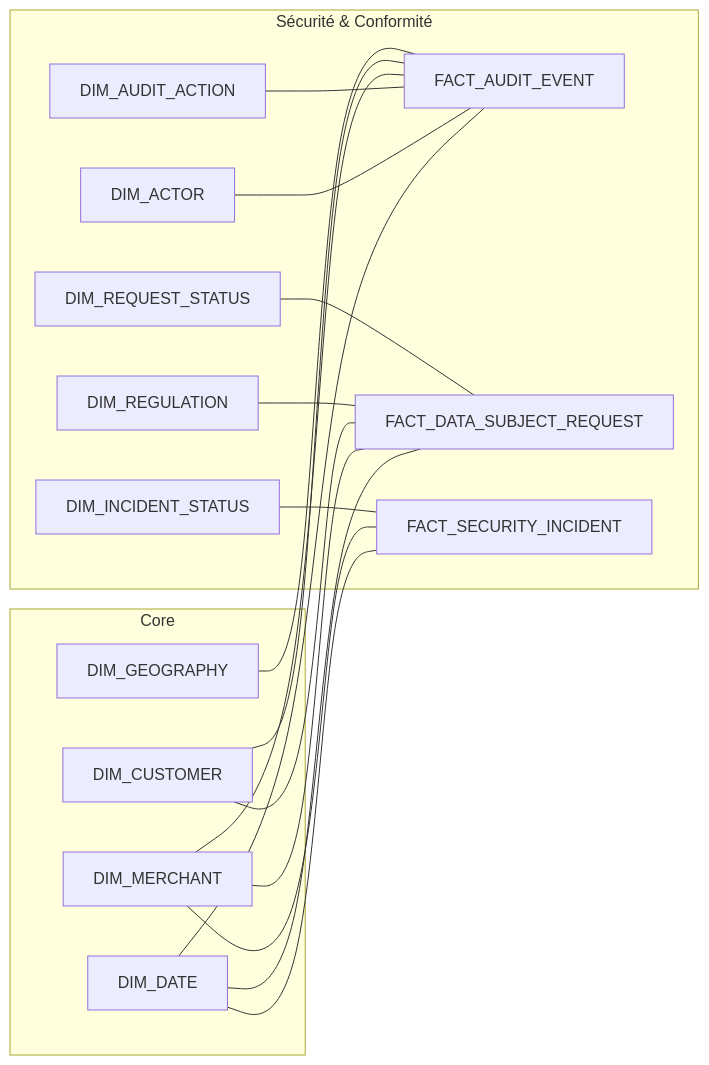
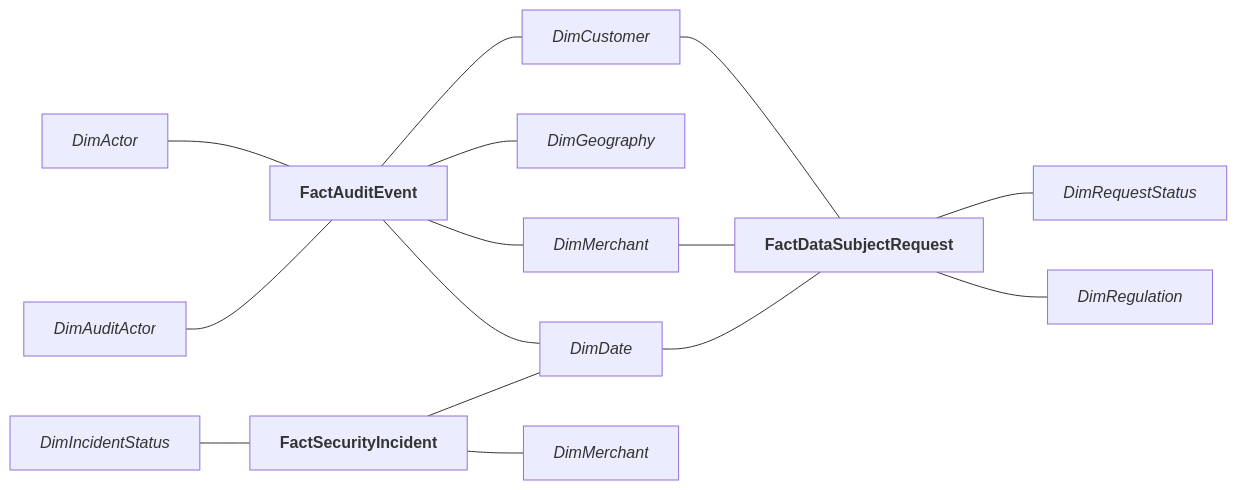
One commit to nicolaspichon-git/jedha-data-scientist-lead-bloc2--stripe-project changed the diagram in sources/diagrams/stripe-project--d1-data-architecture--diagram-5-3--analytics-model-3.md. Above: the diagram before and after it, drawn with Mermaid. The commit also changed other lines of this file and 33 other files, not shown here.

````diff
--- a/sources/diagrams/stripe-project--d1-data-architecture--diagram-5-3--analytics-model-3.md
+++ b/sources/diagrams/stripe-project--d1-data-architecture--diagram-5-3--analytics-model-3.md
@@ -18,37 +18,43 @@
 ```mermaid
 flowchart LR
-    subgraph CORE["Core"]
-        DIM_DATE
-        DIM_MERCHANT
-        DIM_CUSTOMER
-        DIM_GEOGRAPHY
-    end
+	FACT_AUDIT_EVENT["<b>FactAuditEvent</b>"]
+
+	FACT_DATA_SUBJECT_REQUEST["<b>FactDataSubjectRequest</b>"]
+	DIM_REGULATION["<i>DimRegulation</i>"]
+	DIM_REQUEST_STATUS["<i>DimRequestStatus</i>"]
+	
+	FACT_SECURITY_INCIDENT["<b>FactSecurityIncident</b>"]
+	DIM_INCIDENT_STATUS["<i>DimIncidentStatus</i>"]
+	
+	DIM_ACTOR["<i>DimActor</i>"]
+	DIM_AUDIT_ACTION["<i>DimAuditActor</i>"]
+	
+	DIM_DATE["<i>DimDate</i>"]
+	DIM_GEOGRAPHY["<i>DimGeography</i>"]
+	
+	DIM_CUSTOMER["<i>DimCustomer</i>"]
+	DIM_MERCHANT["<i>DimMerchant</i>"]
+	DIM_MERCHANT2["<i>DimMerchant</i></i>"]
+	
+    FACT_AUDIT_EVENT --- DIM_GEOGRAPHY
     
-    subgraph SECURITY["Sécurité & Conformité"]
-        FACT_AUDIT_EVENT
-        FACT_DATA_SUBJECT_REQUEST
-        FACT_SECURITY_INCIDENT
-        DIM_ACTOR
-        DIM_AUDIT_ACTION
-        DIM_REGULATION
-        DIM_REQUEST_STATUS
-        DIM_INCIDENT_STATUS
-    end
-
-    DIM_DATE --- FACT_AUDIT_EVENT
     DIM_ACTOR --- FACT_AUDIT_EVENT
     DIM_AUDIT_ACTION --- FACT_AUDIT_EVENT
-    DIM_MERCHANT --- FACT_AUDIT_EVENT
-    DIM_CUSTOMER --- FACT_AUDIT_EVENT
-    DIM_GEOGRAPHY --- FACT_AUDIT_EVENT
-
-    DIM_DATE --- FACT_SECURITY_INCIDENT
-    DIM_MERCHANT --- FACT_SECURITY_INCIDENT
+    
+    FACT_DATA_SUBJECT_REQUEST --- DIM_REQUEST_STATUS
+    FACT_DATA_SUBJECT_REQUEST --- DIM_REGULATION
+    
+    FACT_AUDIT_EVENT --- DIM_CUSTOMER
+    DIM_CUSTOMER --- FACT_DATA_SUBJECT_REQUEST
+    
+    FACT_AUDIT_EVENT --- DIM_MERCHANT
+    DIM_MERCHANT --- FACT_DATA_SUBJECT_REQUEST
+    
+    FACT_AUDIT_EVENT --- DIM_DATE
+    DIM_DATE --- FACT_DATA_SUBJECT_REQUEST
+    
+    FACT_SECURITY_INCIDENT --- DIM_DATE
+    FACT_SECURITY_INCIDENT --- DIM_MERCHANT2
     DIM_INCIDENT_STATUS --- FACT_SECURITY_INCIDENT
-
-    DIM_DATE --- FACT_DATA_SUBJECT_REQUEST
-    DIM_MERCHANT --- FACT_DATA_SUBJECT_REQUEST
-    DIM_CUSTOMER --- FACT_DATA_SUBJECT_REQUEST
-    DIM_REGULATION --- FACT_DATA_SUBJECT_REQUEST
-    DIM_REQUEST_STATUS --- FACT_DATA_SUBJECT_REQUEST
+    
 ```
````
